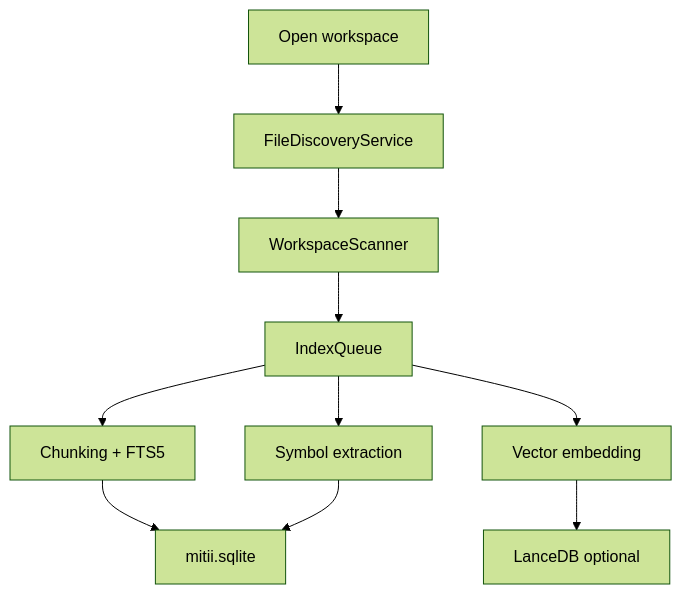
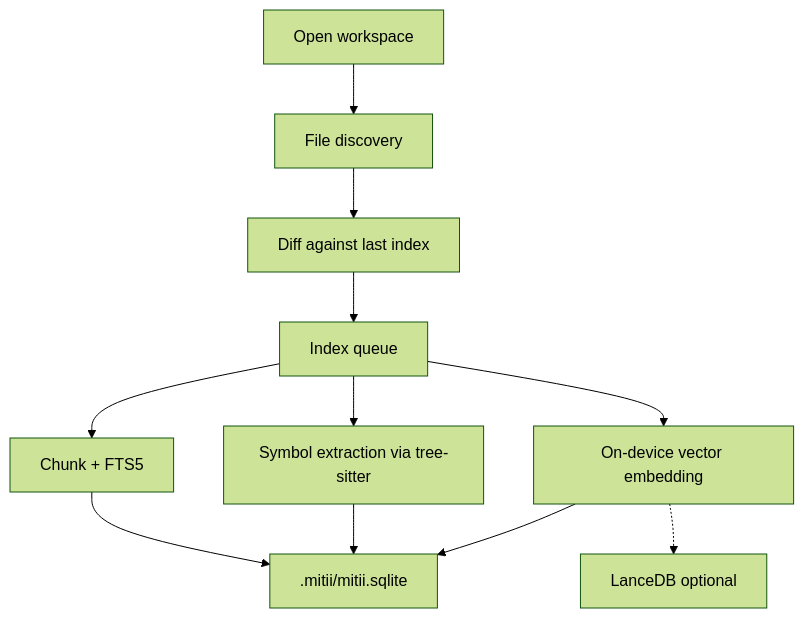
The diagram in docs/implementation/context-indexing.md (Mitii-dev/mitii-docs), drawn with Mermaid (forest theme) before and after one commit. The commit also changed other lines of this file and 17 other files, not shown here.

````diff
--- a/docs/implementation/context-indexing.md
+++ b/docs/implementation/context-indexing.md
@@ -7,12 +7,13 @@
 ```mermaid
 flowchart TD
-  A[Open workspace] --> B[FileDiscoveryService]
-  B --> C[WorkspaceScanner]
-  C --> D[IndexQueue]
-  D --> E[Chunking + FTS5]
-  D --> F[Symbol extraction]
-  D --> G[Vector embedding]
-  E --> H[mitii.sqlite]
+  A[Open workspace] --> B[File discovery]
+  B --> C[Diff against last index]
+  C --> D[Index queue]
+  D --> E[Chunk + FTS5]
+  D --> F[Symbol extraction via tree-sitter]
+  D --> G[On-device vector embedding]
+  E --> H[.mitii/mitii.sqlite]
   F --> H
-  G --> I[LanceDB optional]
+  G --> H
+  G -.-> I[LanceDB optional]
 ```
````
